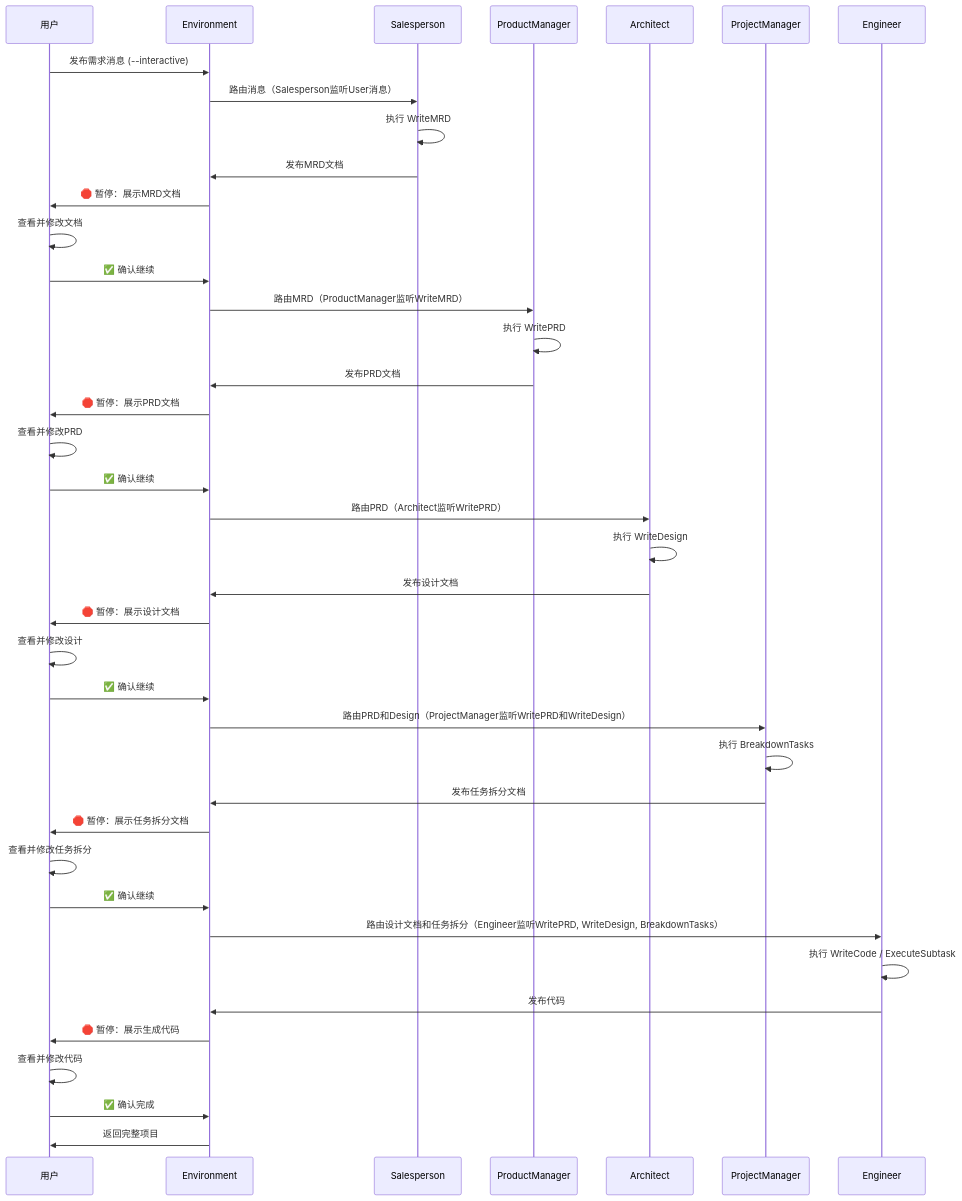
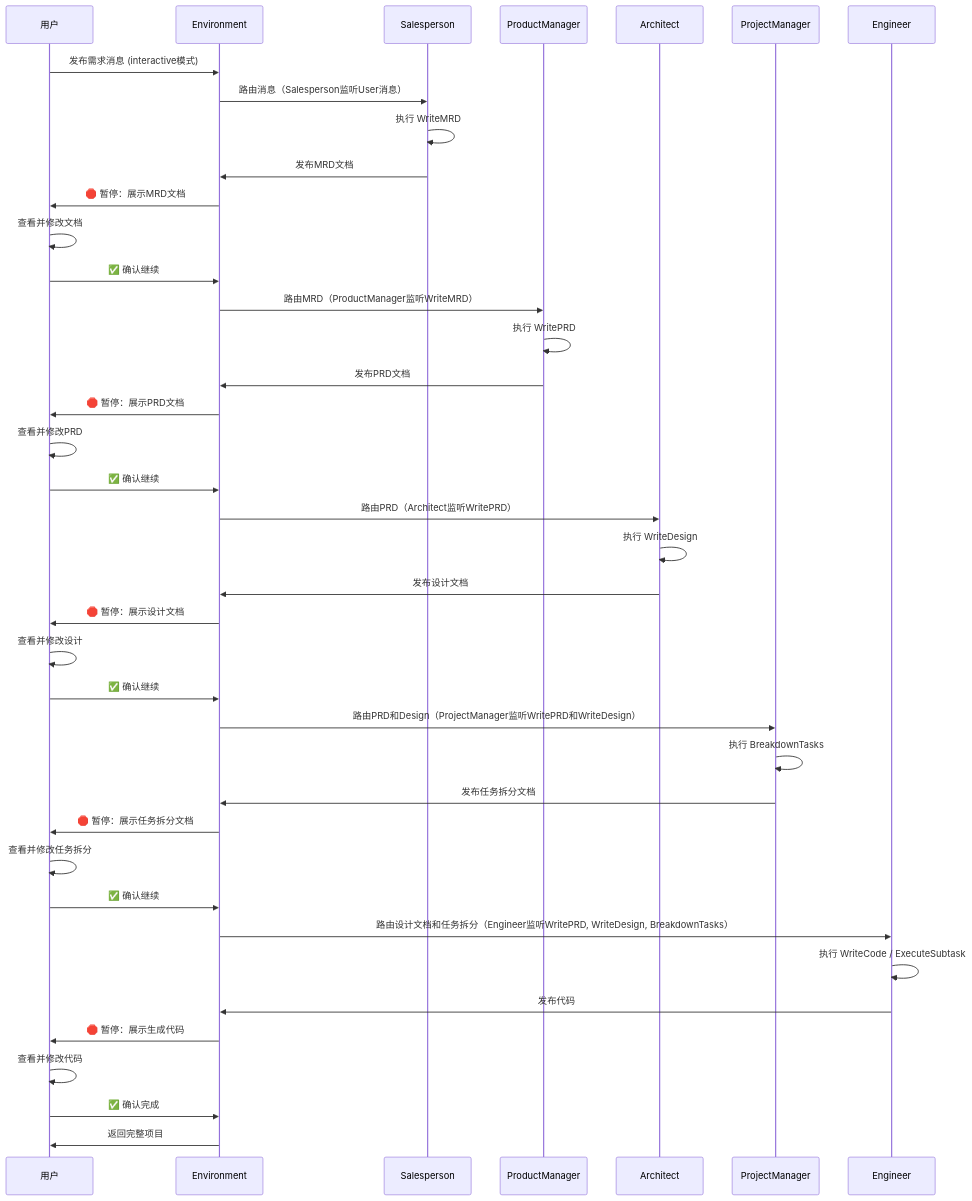
One commit to Whisper24X/personal changed the third of 6 diagrams in doc/02_产品需求文档_PRD.md. Above: the diagram before and after it, drawn with Mermaid. The commit also changed other lines of this file and 16 other files, not shown here.

````diff
--- a/doc/02_产品需求文档_PRD.md
+++ b/doc/02_产品需求文档_PRD.md
@@ -204,53 +606,53 @@
 ```mermaid
 sequenceDiagram
     participant User as 用户
     participant Env as Environment
     participant Sales as Salesperson
     participant PM as ProductManager
     participant Arch as Architect
     participant PMgr as ProjectManager
     participant Eng as Engineer
     
-    User->>Env: 发布需求消息 (--interactive)
+    User->>Env: 发布需求消息 (interactive模式)
     Env->>Sales: 路由消息（Salesperson监听User消息）
     Sales->>Sales: 执行 WriteMRD
     Sales->>Env: 发布MRD文档
     
     Env->>User: 🛑 暂停：展示MRD文档
     User->>User: 查看并修改文档
     User->>Env: ✅ 确认继续
     
     Env->>PM: 路由MRD（ProductManager监听WriteMRD）
     PM->>PM: 执行 WritePRD
     PM->>Env: 发布PRD文档
     
     Env->>User: 🛑 暂停：展示PRD文档
     User->>User: 查看并修改PRD
     User->>Env: ✅ 确认继续
     
     Env->>Arch: 路由PRD（Architect监听WritePRD）
     Arch->>Arch: 执行 WriteDesign
     Arch->>Env: 发布设计文档
     
     Env->>User: 🛑 暂停：展示设计文档
     User->>User: 查看并修改设计
     User->>Env: ✅ 确认继续
     
     Env->>PMgr: 路由PRD和Design（ProjectManager监听WritePRD和WriteDesign）
     PMgr->>PMgr: 执行 BreakdownTasks
     PMgr->>Env: 发布任务拆分文档
     
     Env->>User: 🛑 暂停：展示任务拆分文档
     User->>User: 查看并修改任务拆分
     User->>Env: ✅ 确认继续
     
     Env->>Eng: 路由设计文档和任务拆分（Engineer监听WritePRD, WriteDesign, BreakdownTasks）
     Eng->>Eng: 执行 WriteCode / ExecuteSubtask
     Eng->>Env: 发布代码
     
     Env->>User: 🛑 暂停：展示生成代码
     User->>User: 查看并修改代码
     User->>Env: ✅ 确认完成
     
     Env->>User: 返回完整项目
 ```
````
